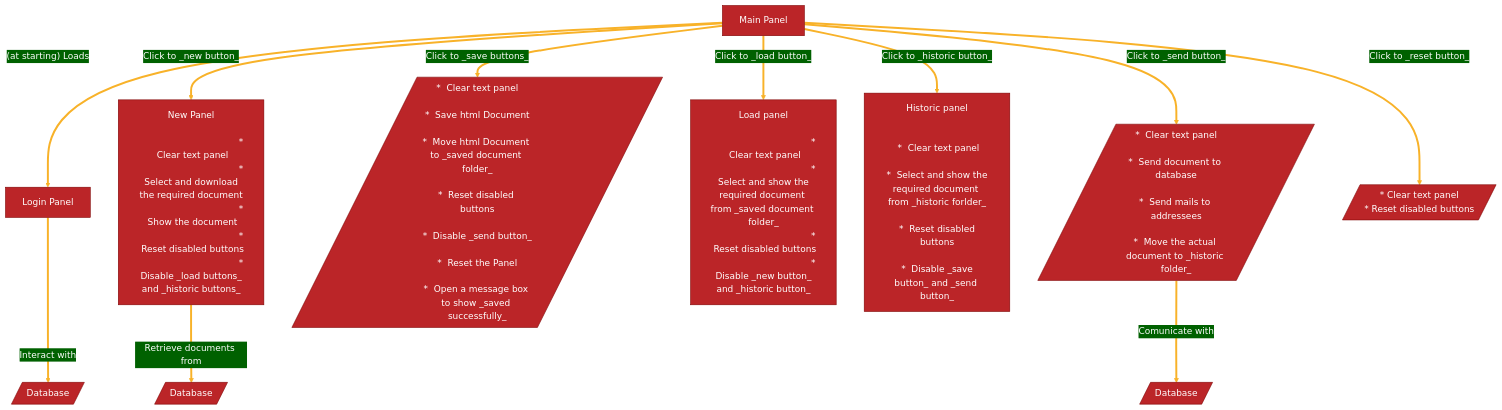
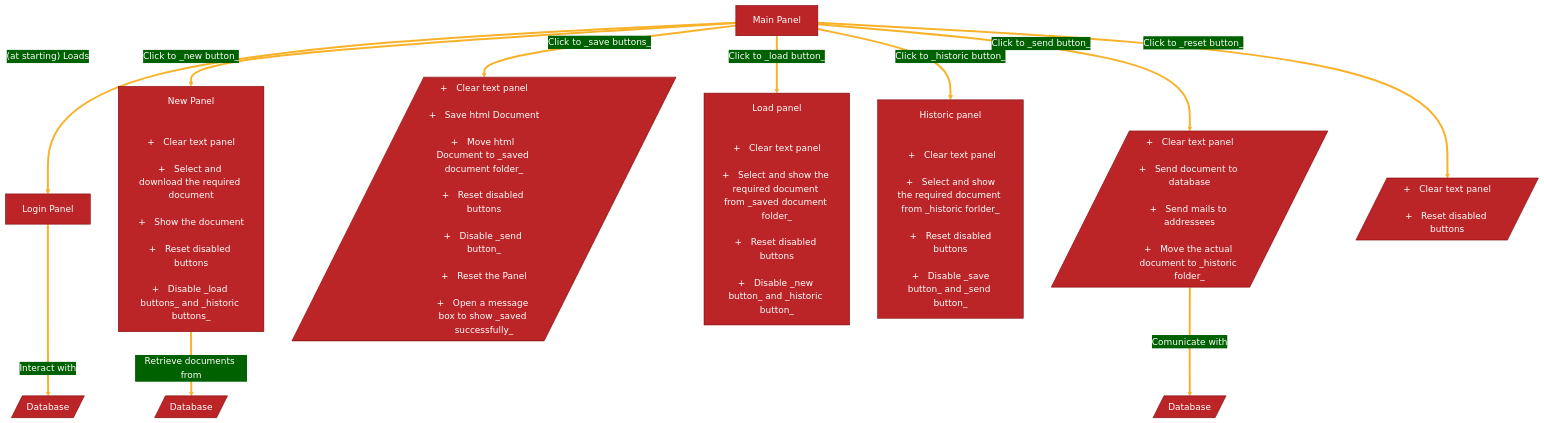
The diagram in Project_Properties/Flow_Chart.md (R0mb0/FPDF), drawn with Mermaid before and after one commit.

Commit message:
Minor fix

````diff
--- a/Project_Properties/Flow_Chart.md
+++ b/Project_Properties/Flow_Chart.md
@@ -3,52 +3,52 @@
 ```mermaid
 %%{
   init: {
     'theme': 'base',
     'themeVariables': {
       'primaryColor': '#BB2528',
       'primaryTextColor': '#fff',
       'primaryBorderColor': '#7C0000',
       'lineColor': '#F8B229',
       'secondaryColor': '#006100',
       'tertiaryColor': '#fff'
     }
   }
 }%%
 graph TD;
   A[Login Panel] == Interact with ==> B[/Database/]
   C[Main Panel] == (at starting) Loads ==> A
   C == Click to _new button_ ==> D[New Panel
 
-                                    *  Clear text panel
-                                    *  Select and download the required document
-                                    *  Show the document
-                                    *  Reset disabled buttons
-                                    *  Disable _load buttons_ and _historic buttons_]
+                                    +   Clear text panel
+                                    +   Select and download the required document
+                                    +   Show the document
+                                    +   Reset disabled buttons
+                                    +   Disable _load buttons_ and _historic buttons_]
   D == Retrieve documents from ==> E[/Database/]
-  C == Click to _save buttons_ ==> F[/ *  Clear text panel
-                                       *  Save html Document
-                                       *  Move html Document to _saved document folder_
-                                       *  Reset disabled buttons
-                                       *  Disable _send button_
-                                       *  Reset the Panel
-                                       *  Open a message box to show _saved successfully_/]
+  C == Click to _save buttons_ ==> F[/ +   Clear text panel
+                                       +   Save html Document
+                                       +   Move html Document to _saved document folder_
+                                       +   Reset disabled buttons
+                                       +   Disable _send button_
+                                       +   Reset the Panel
+                                       +   Open a message box to show _saved successfully_/]
   C == Click to _load button_ ==> G[Load panel
 
-                                    *  Clear text panel
-                                    *  Select and show the required document from _saved document folder_
-                                    *  Reset disabled buttons
-                                    *  Disable _new button_ and _historic button_]
+                                    +   Clear text panel
+                                    +   Select and show the required document from _saved document folder_
+                                    +   Reset disabled buttons
+                                    +   Disable _new button_ and _historic button_]
   C == Click to _historic button_ ==> H[Historic panel
 
-                                        *  Clear text panel
-                                        *  Select and show the required document from _historic forlder_
-                                        *  Reset disabled buttons
-                                        *  Disable _save button_ and _send button_]
- C == Click to _send button_ ==> I[/ *  Clear text panel
-                                     *  Send document to database
-                                     *  Send mails to addressees
-                                     *  Move the actual document to _historic folder_/]
+                                        +   Clear text panel
+                                        +   Select and show the required document from _historic forlder_
+                                        +   Reset disabled buttons
+                                        +   Disable _save button_ and _send button_]
+ C == Click to _send button_ ==> I[/ +   Clear text panel
+                                     +   Send document to database
+                                     +   Send mails to addressees
+                                     +   Move the actual document to _historic folder_/]
  I == Comunicate with ==> J[/Database/]
- C == Click to _reset button_ ==> K[/ *  Clear text panel
-                                      *  Reset disabled buttons/]
+ C == Click to _reset button_ ==> K[/ +   Clear text panel
+                                      +   Reset disabled buttons/]
 ```
````
